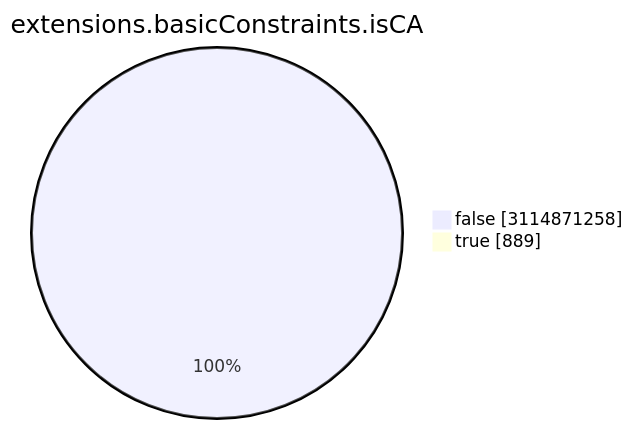
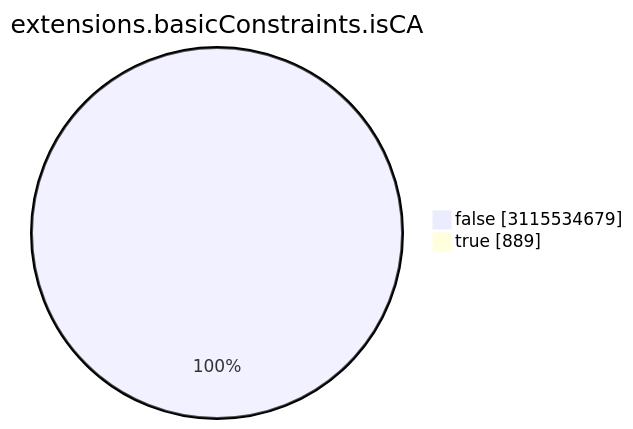
One commit to christiankrug/ctmonitor_visualization changed the seventh of 15 diagrams in TOTAL/README.md. Above: the diagram before and after it, drawn with Mermaid. The commit also changed other lines of this file, not shown here.

````diff
--- a/TOTAL/README.md
+++ b/TOTAL/README.md
@@ -3088,6 +3088,6 @@
 ```mermaid
 pie showData
 title extensions.basicConstraints.isCA
-"false" :3114871258
+"false" :3115534679
 "true" :889
 ```
````
